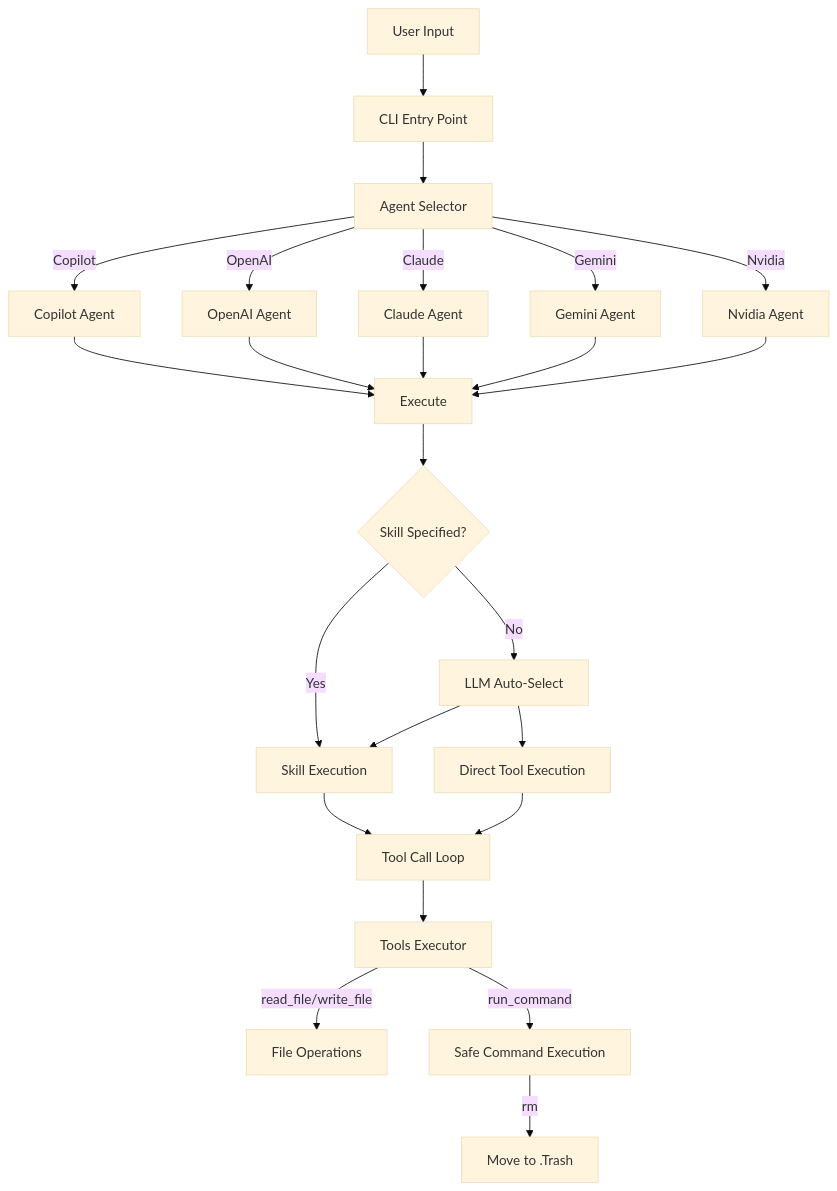
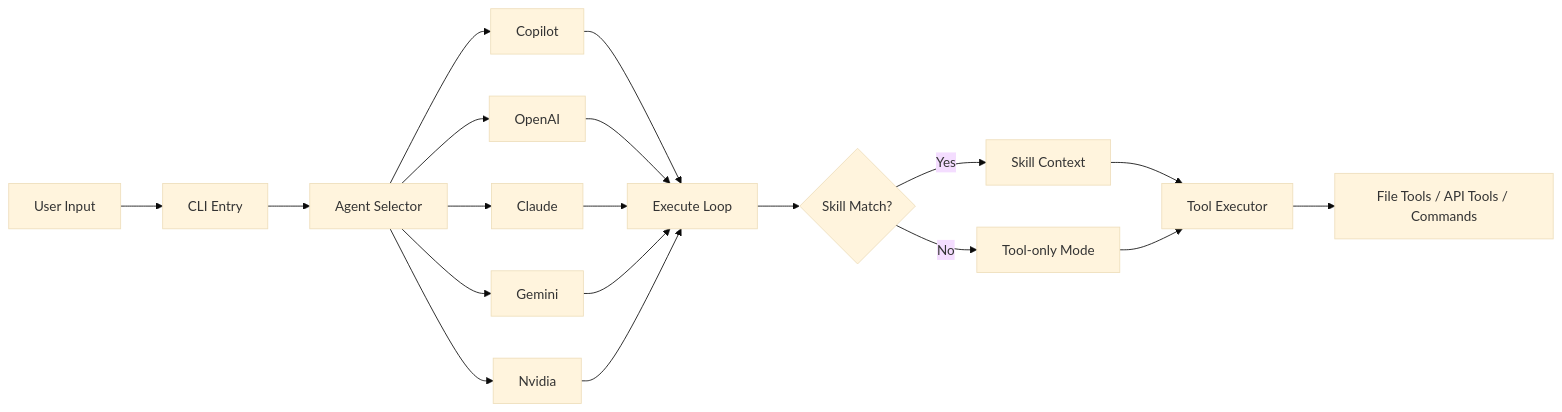
One commit to pardnchiu/agenvoy changed the diagram in README.md. Above: the diagram before and after it, drawn with Mermaid (base theme). The commit also changed other lines of this file and 3 other files, not shown here.

Commit message:
release: v0.4.0 內建 API 工具與 JSON 驅動的動態 API 擴展套件，加入 Skill 自動匹配引擎

````diff
--- a/README.md
+++ b/README.md
@@ -38,29 +43,16 @@
 ```mermaid
-graph TB
-    User[User Input] --> CLI[CLI Entry Point]
-    CLI --> AgentSelect[Agent Selector]
-    AgentSelect --> |Copilot| CopilotAgent[Copilot Agent]
-    AgentSelect --> |OpenAI| OpenAIAgent[OpenAI Agent]
-    AgentSelect --> |Claude| ClaudeAgent[Claude Agent]
-    AgentSelect --> |Gemini| GeminiAgent[Gemini Agent]
-    AgentSelect --> |Nvidia| NvidiaAgent[Nvidia Agent]
-    
-    CopilotAgent --> Execute[Execute]
-    OpenAIAgent --> Execute
-    ClaudeAgent --> Execute
-    GeminiAgent --> Execute
-    NvidiaAgent --> Execute
-    
-    Execute --> SkillMatch{Skill Specified?}
-    SkillMatch -->|Yes| SkillExec[Skill Execution]
-    SkillMatch -->|No| AutoSelect[LLM Auto-Select]
-    AutoSelect --> SkillExec
-    AutoSelect --> ToolExec[Direct Tool Execution]
-    
-    SkillExec --> ToolCall[Tool Call Loop]
-    ToolExec --> ToolCall
-    ToolCall --> Executor[Tools Executor]
-    Executor --> |read_file/write_file| FileOps[File Operations]
-    Executor --> |run_command| SafeCmd[Safe Command Execution]
-    SafeCmd --> |rm| Trash[Move to .Trash]
+graph LR
+    A[User Input] --> B[CLI Entry]
+    B --> C[Agent Selector]
+    C --> D1[Copilot]
+    C --> D2[OpenAI]
+    C --> D3[Claude]
+    C --> D4[Gemini]
+    C --> D5[Nvidia]
+    D1 & D2 & D3 & D4 & D5 --> E[Execute Loop]
+    E --> F{Skill Match?}
+    F -->|Yes| G[Skill Context]
+    F -->|No| H[Tool-only Mode]
+    G & H --> I[Tool Executor]
+    I --> J[File Tools / API Tools / Commands]
 ```
````
